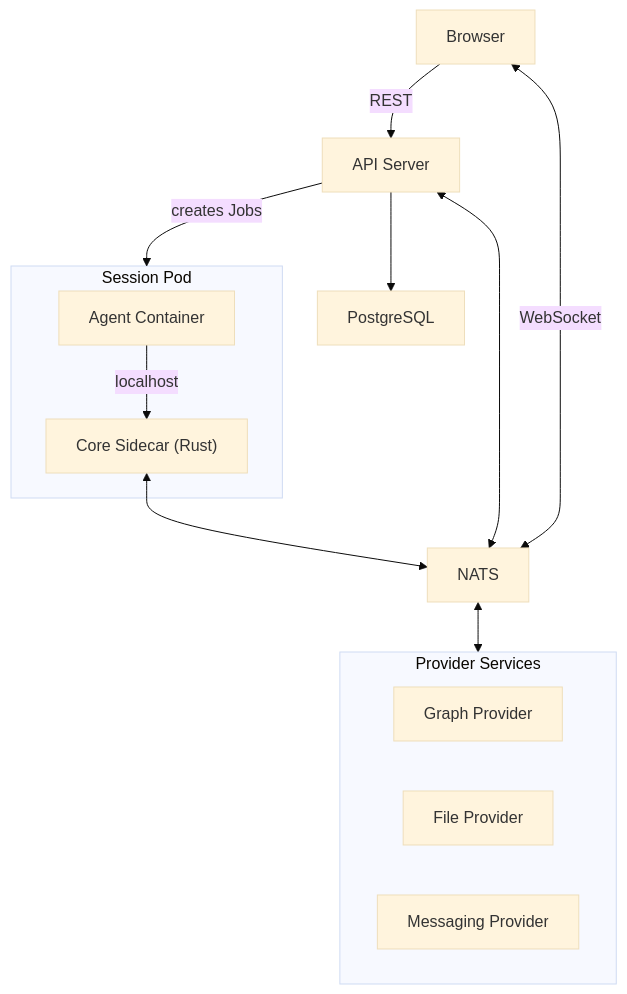
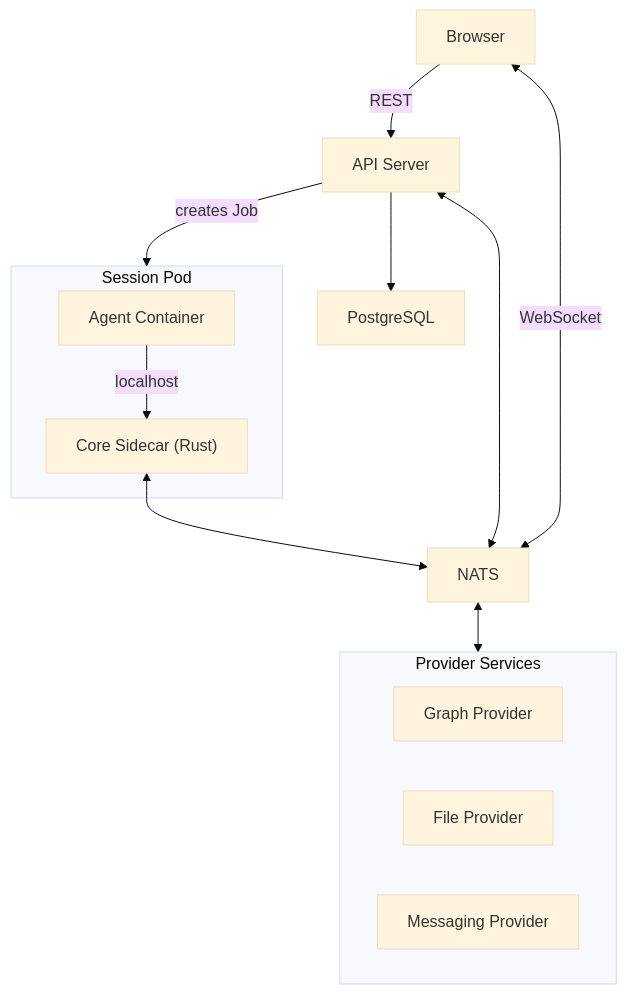
Before and after one commit to x1agent/x1agent: the diagram in docs/src/content/docs/index.md, drawn with Mermaid (base theme). The commit also changed other lines of this file and 40 other files, not shown here.

````diff
--- a/docs/src/content/docs/index.md
+++ b/docs/src/content/docs/index.md
@@ -18,27 +18,27 @@
 ```mermaid
 graph TB
     subgraph pod["Session Pod"]
         agent["Agent Container"]
         sidecar["Core Sidecar (Rust)"]
     end
 
     nats["NATS"]
     api["API Server"]
     pg["PostgreSQL"]
 
     subgraph providers["Provider Services"]
         graphProv["Graph Provider"]
         files["File Provider"]
         msg["Messaging Provider"]
     end
 
     agent -- "localhost" --> sidecar
     sidecar <--> nats
     nats <--> providers
     api <--> nats
     api --> pg
-    api -- "creates Jobs" --> pod
+    api -- "creates Job" --> pod
 
     browser["Browser"] <-- "WebSocket" --> nats
     browser -- "REST" --> api
 ```
````
